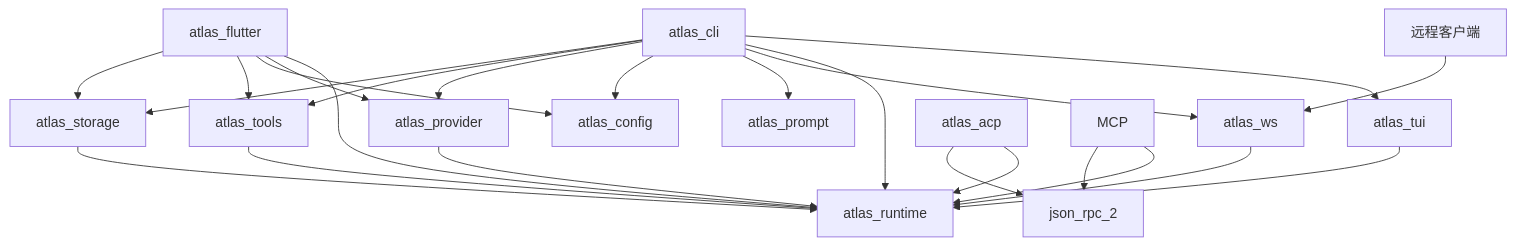
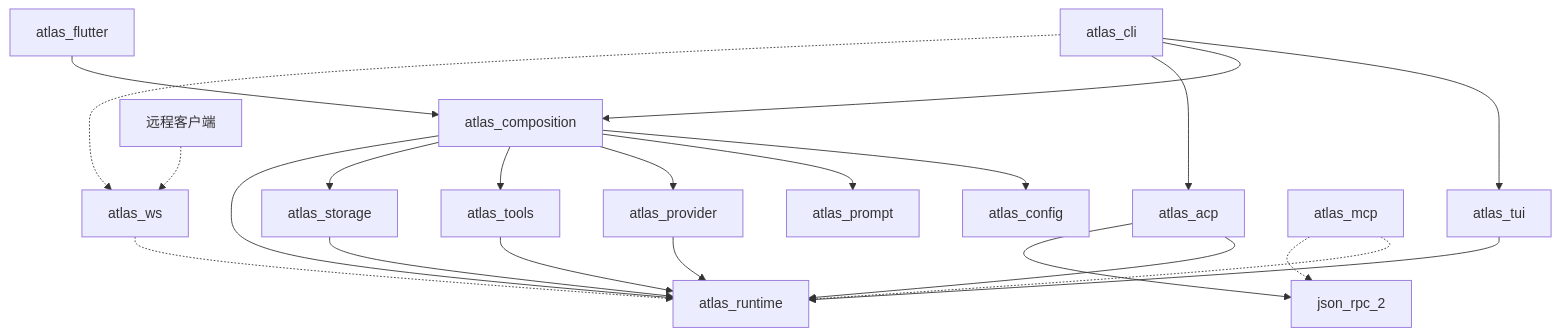
One commit to gvenusleo/Atlas changed the diagram in docs/zh-CN/architecture.md. Above: the diagram before and after it, drawn with Mermaid. The commit also changed other lines of this file and 16 other files, not shown here.

First line of the commit message:
docs: align product docs with current runtime composition

````diff
--- a/docs/zh-CN/architecture.md
+++ b/docs/zh-CN/architecture.md
@@ -17,26 +16,24 @@
 ```mermaid
 graph TD
     CLI[atlas_cli] --> TUI[atlas_tui]
-    CLI --> RT[atlas_runtime]
-    CLI --> WS[atlas_ws]
-    CLI --> PROMPT[atlas_prompt]
-    CLI --> CONFIG[atlas_config]
-    CLI --> PROVIDER[atlas_provider]
-    CLI --> TOOLS[atlas_tools]
-    CLI --> STORAGE[atlas_storage]
-    FL[atlas_flutter] --> RT
-    FL --> PROVIDER
-    FL --> CONFIG
-    FL --> TOOLS
-    FL --> STORAGE
+    CLI --> COMP[atlas_composition]
+    CLI --> ACP[atlas_acp]
+    CLI -.-> WS[atlas_ws]
+    FL[atlas_flutter] --> COMP
+    COMP --> CONFIG[atlas_config]
+    COMP --> PROMPT[atlas_prompt]
+    COMP --> PROVIDER[atlas_provider]
+    COMP --> TOOLS[atlas_tools]
+    COMP --> STORAGE[atlas_storage]
+    COMP --> RT[atlas_runtime]
     TUI --> RT
-    REMOTE[远程客户端] --> WS
-    WS --> RT
-    ACP[atlas_acp] --> RT[atlas_runtime]
-    MCP --> RT
+    ACP --> RT
+    REMOTE[远程客户端] -.-> WS
+    WS -.-> RT
+    MCP[atlas_mcp] -.-> RT
     PROVIDER --> RT
     TOOLS --> RT
     STORAGE --> RT
     ACP --> JRPC[json_rpc_2]
-    MCP --> JRPC
+    MCP -.-> JRPC
 ```
````
